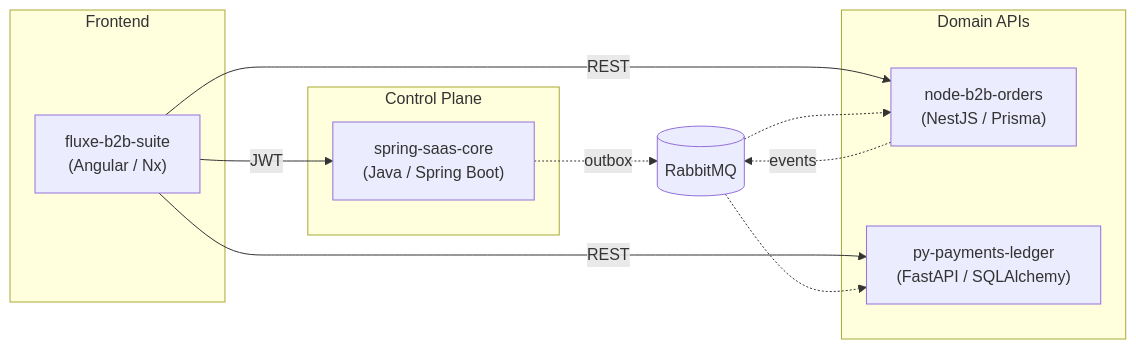
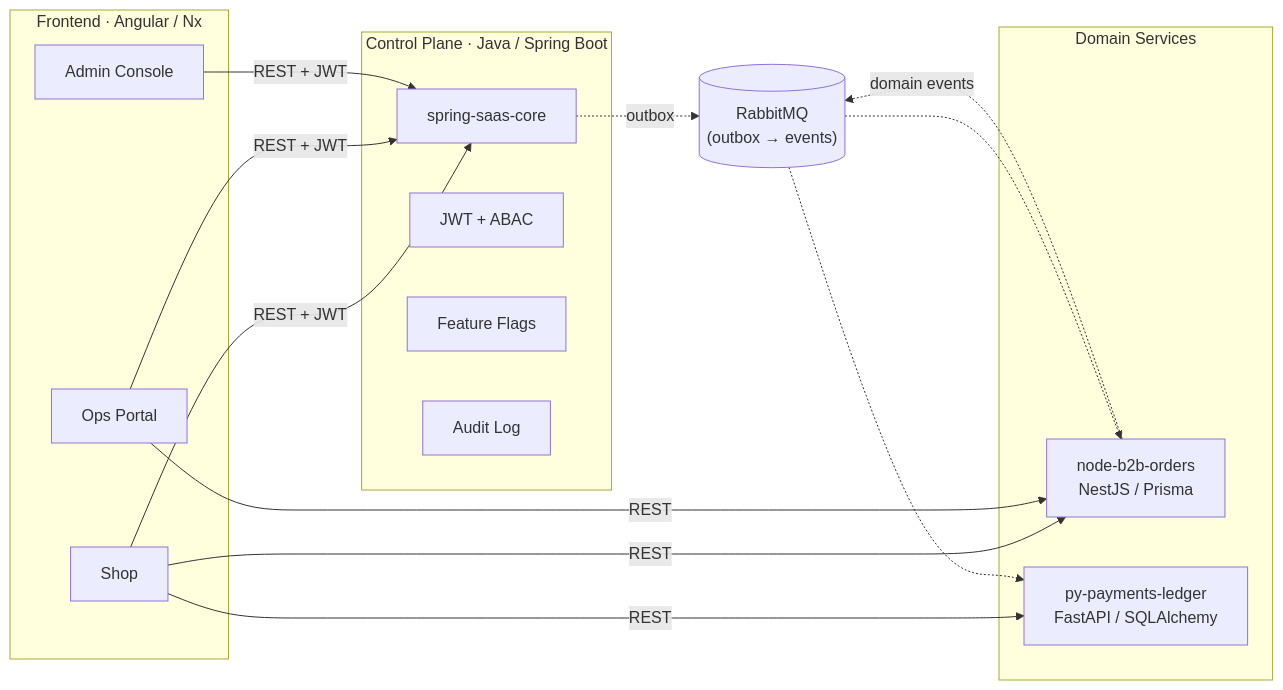
The diagram in README.md (ricartefelipe/ricartefelipe), drawn with Mermaid before and after one commit. The commit also changed other lines of this file, not shown here.

````diff
--- a/README.md
+++ b/README.md
@@ -11,25 +36,30 @@
 ```mermaid
 flowchart LR
-    subgraph Frontend
-        UI["fluxe-b2b-suite\n(Angular / Nx)"]
+    subgraph "Frontend · Angular / Nx"
+        SHOP["Shop"]
+        OPS["Ops Portal"]
+        ADMIN["Admin Console"]
     end
 
-    subgraph "Control Plane"
-        CORE["spring-saas-core\n(Java / Spring Boot)"]
+    subgraph "Control Plane · Java / Spring Boot"
+        CORE["spring-saas-core"]
+        AUTH["JWT + ABAC"]
+        FLAGS["Feature Flags"]
+        AUDIT["Audit Log"]
     end
 
-    subgraph "Domain APIs"
-        ORDERS["node-b2b-orders\n(NestJS / Prisma)"]
-        PAY["py-payments-ledger\n(FastAPI / SQLAlchemy)"]
+    subgraph "Domain Services"
+        ORDERS["node-b2b-orders\n NestJS / Prisma"]
+        PAY["py-payments-ledger\n FastAPI / SQLAlchemy"]
     end
 
-    MQ[("RabbitMQ")]
+    MQ[("RabbitMQ\n(outbox → events)")]
 
-    UI -->|JWT| CORE
-    UI -->|REST| ORDERS
-    UI -->|REST| PAY
+    SHOP & OPS & ADMIN -->|"REST + JWT"| CORE
+    SHOP & OPS -->|REST| ORDERS
+    SHOP -->|REST| PAY
     CORE -.->|outbox| MQ
     MQ -.-> ORDERS
-    ORDERS -.->|events| MQ
+    ORDERS -.->|domain events| MQ
     MQ -.-> PAY
 ```
````
